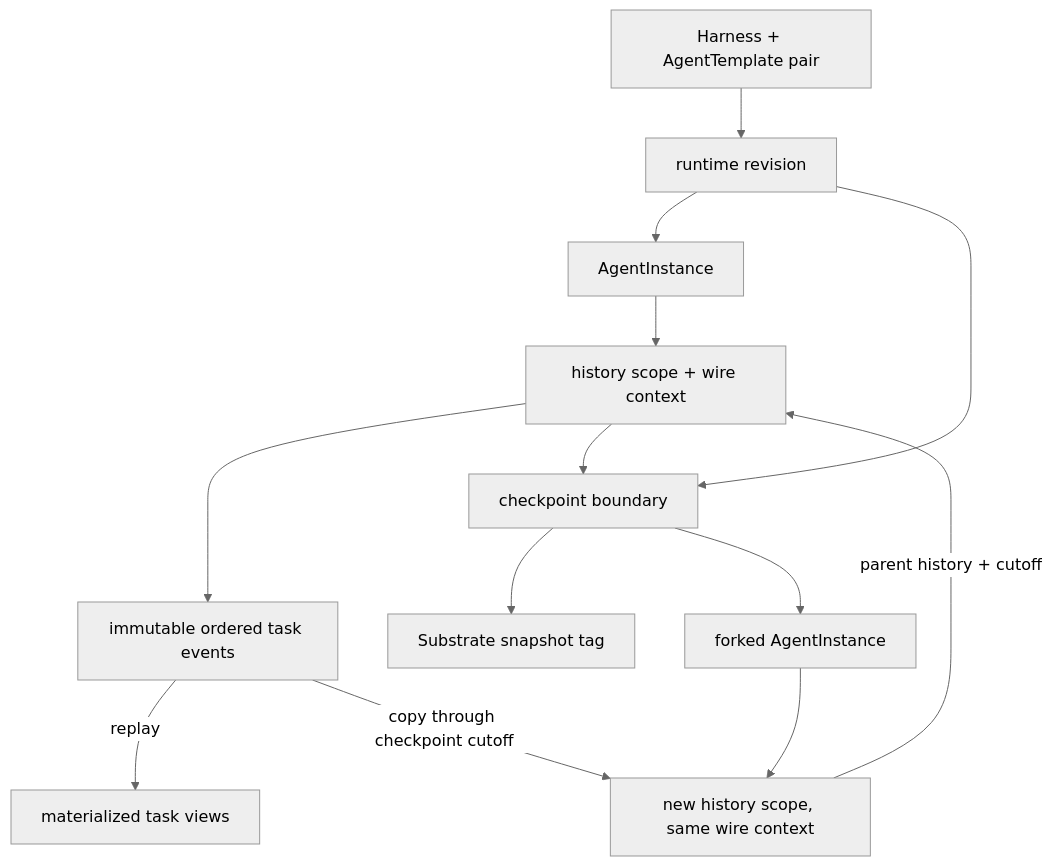
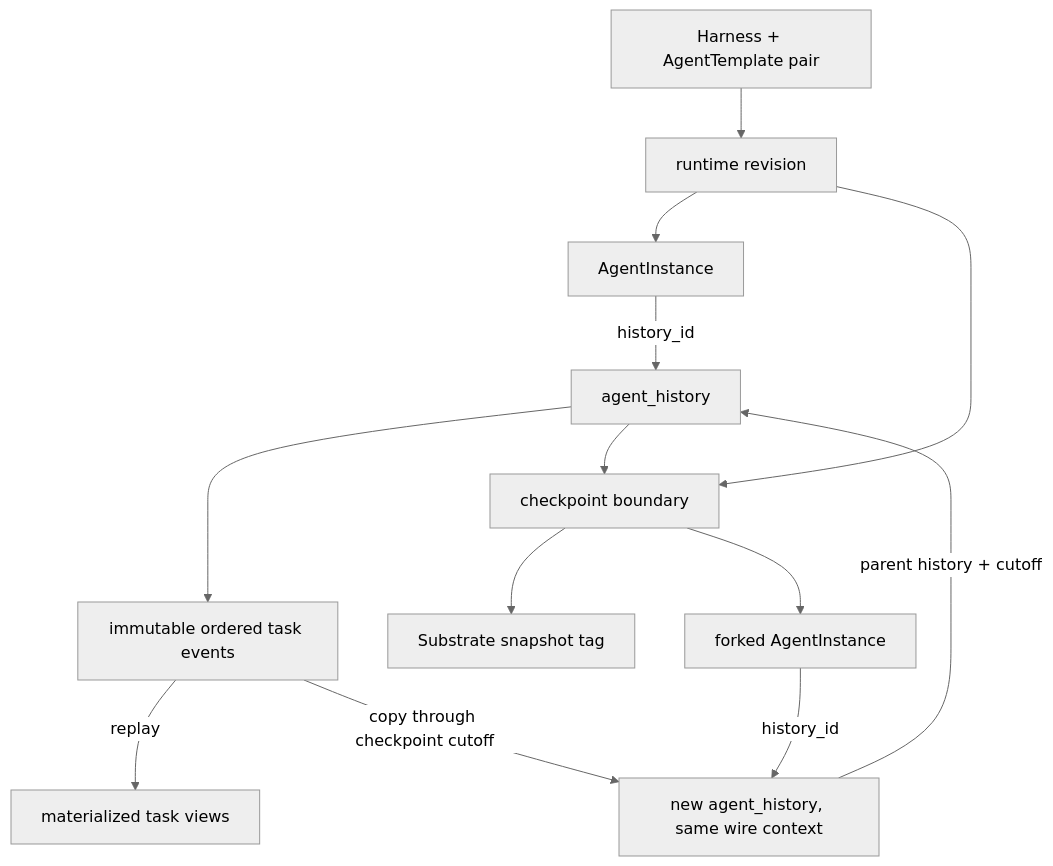
Before and after one commit to kagent-dev/kagent: the diagram in docs/architecture/persistence-checkpoints-and-forks.md, drawn with Mermaid (neutral theme). The commit also changed other lines of this file and 7 other files, not shown here.

Commit message:
refactor: name durable history table agent_history

````diff
--- a/docs/architecture/persistence-checkpoints-and-forks.md
+++ b/docs/architecture/persistence-checkpoints-and-forks.md
@@ -39,15 +39,15 @@
 ```mermaid
 flowchart TD
     PAIR[Harness + AgentTemplate pair] --> REV[runtime revision]
     REV --> INSTANCE[AgentInstance]
-    INSTANCE --> CONTEXT[history scope + wire context]
-    CONTEXT --> EVENT[immutable ordered task events]
+    INSTANCE -->|history_id| HISTORY[agent_history]
+    HISTORY --> EVENT[immutable ordered task events]
     EVENT -->|replay| TASK[materialized task views]
-    CONTEXT --> CHECKPOINT[checkpoint boundary]
+    HISTORY --> CHECKPOINT[checkpoint boundary]
     REV --> CHECKPOINT
     CHECKPOINT --> TAG[Substrate snapshot tag]
     CHECKPOINT --> FORK[forked AgentInstance]
-    FORK --> NEWCTX[new history scope, same wire context]
-    NEWCTX -->|parent history + cutoff| CONTEXT
-    EVENT -->|copy through checkpoint cutoff| NEWCTX
+    FORK -->|history_id| NEWHISTORY[new agent_history, same wire context]
+    NEWHISTORY -->|parent history + cutoff| HISTORY
+    EVENT -->|copy through checkpoint cutoff| NEWHISTORY
 ```
````
